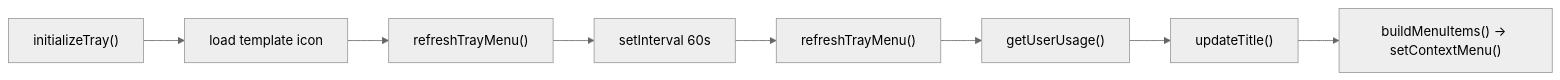
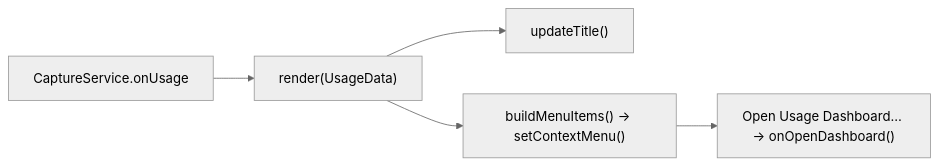
One commit to tangentlin/burnbar changed the diagram in docs/modules/tray.md. Above: the diagram before and after it, drawn with Mermaid (neutral theme). The commit also changed other lines of this file and 60 other files, not shown here.

First line of the commit message:
feat: durable usage archive + dashboard (#21)

````diff
--- a/docs/modules/tray.md
+++ b/docs/modules/tray.md
@@ -32,6 +31,7 @@
 ```mermaid
 flowchart LR
-    init["initializeTray()"] --> icon["load template icon"] --> first["refreshTrayMenu()"] --> timer["setInterval 60s"]
-    timer --> refresh["refreshTrayMenu()"]
-    refresh --> u["getUserUsage()"] --> title["updateTitle()"] --> menu["buildMenuItems() → setContextMenu()"]
+    svc["CaptureService.onUsage"] --> render["render(UsageData)"]
+    render --> title["updateTitle()"]
+    render --> menu["buildMenuItems() → setContextMenu()"]
+    menu --> dash["Open Usage Dashboard… → onOpenDashboard()"]
 ```
````
